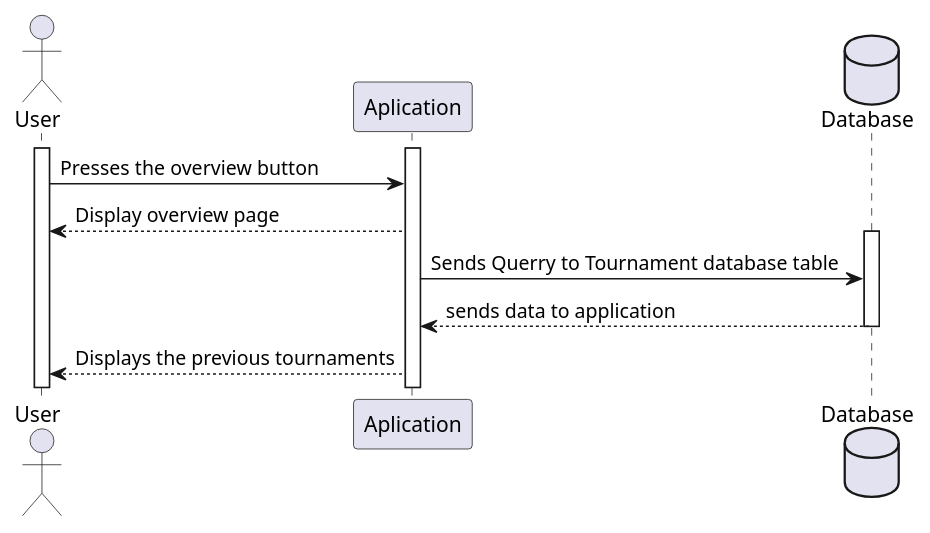
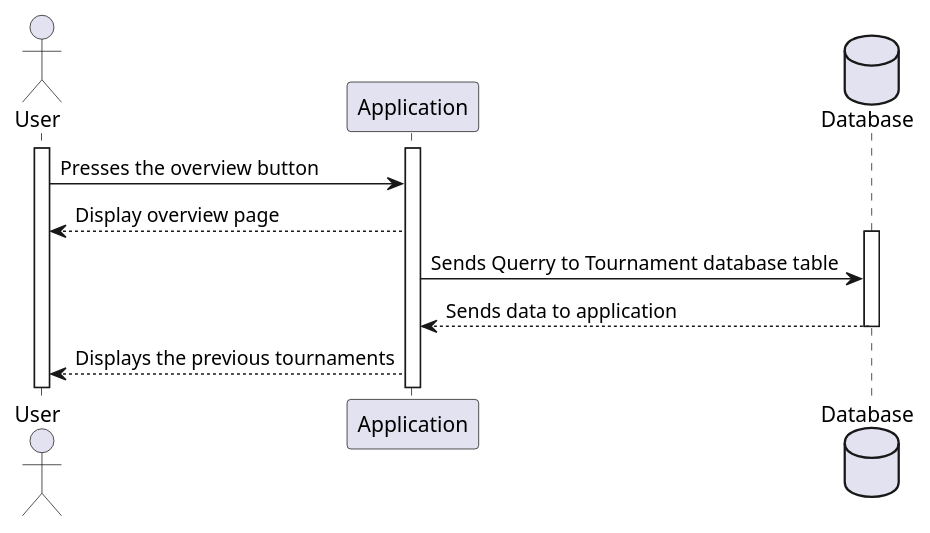
Before and after one commit to itzMesh/DCST1008-Prosjekt: the diagram in ProjektUML/SequencediagramUserAppData/sequence_diagram_overview.wsd, drawn with PlantUML. The commit also changed 17 other files, not shown here.

Commit message:
Sequence fix

```diff
--- a/ProjektUML/SequencediagramUserAppData/sequence_diagram_overview.wsd
+++ b/ProjektUML/SequencediagramUserAppData/sequence_diagram_overview.wsd
@@ -1,23 +1,23 @@
 @startuml SequenceOpen 
 
 actor User as U
-participant Aplication as A
+participant Application as A
 database Database as D
 
 activate U
 activate A
 
 U->A: Presses the overview button
 A-->U:Display overview page
 activate D
 A->D: Sends Querry to Tournament database table
-D-->A: sends data to application
+D-->A: Sends data to application
 deactivate D
 A-->U: Displays the previous tournaments
 
 
 
 
 
 
 @endumel
```
